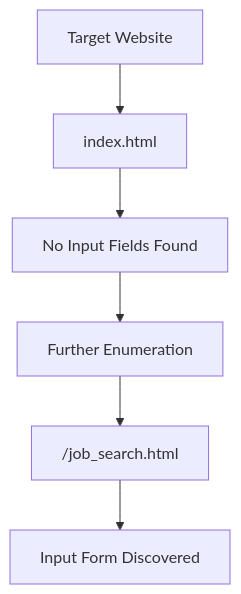
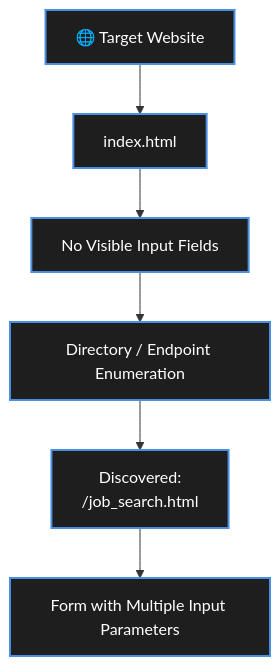
One commit to ashrithpeechara/infinity_learning changed the second of 13 diagrams in Cloud_Security/Compute Engine Intrusion/solution.md. Above: the diagram before and after it, drawn with Mermaid. The commit also changed other lines of this file, not shown here.

````diff
--- a/Cloud_Security/Compute Engine Intrusion/solution.md
+++ b/Cloud_Security/Compute Engine Intrusion/solution.md
@@ -15,8 +30,14 @@
 ```mermaid
 flowchart TD
-    A[Target Website] --> B[index.html]
-    B --> C[No Input Fields Found]
-    C --> D[Further Enumeration]
-    D --> E["/job_search.html"]
-    E --> F[Input Form Discovered]
+    A["🌐 Target Website"] --> B["index.html"]
+
+    B --> C["No Visible Input Fields"]
+
+    C --> D["Directory / Endpoint Enumeration"]
+
+    D --> E["Discovered:<br/>/job_search.html"]
+
+    E --> F["Form with Multiple Input Parameters"]
+
+    classDef default fill:#1e1e1e,stroke:#4a90e2,color:#ffffff,stroke-width:2px;
 ```
````
